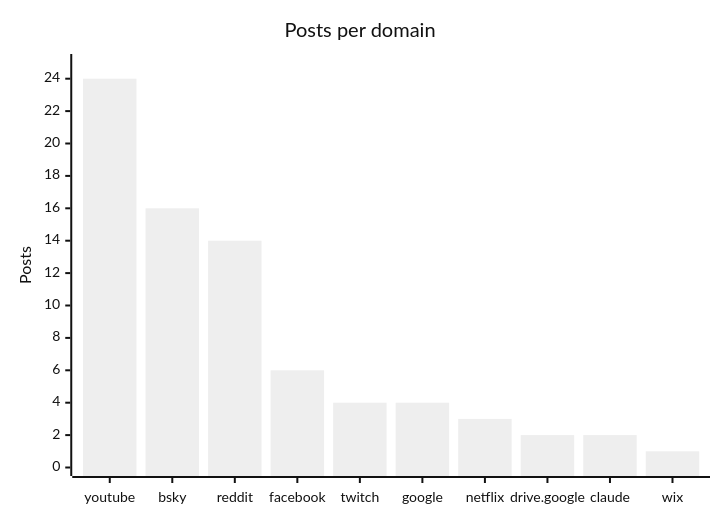
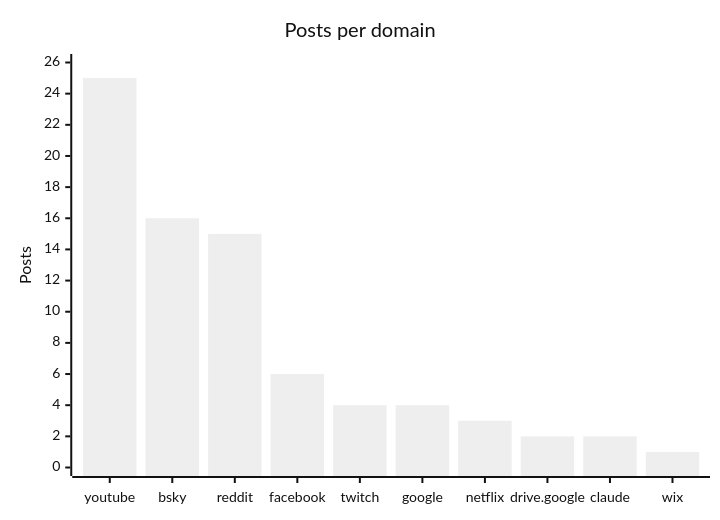
One commit to martinbalfanz/social-scanner-reports changed the fourth of 4 diagrams in README.md. Above: the diagram before and after it, drawn with Mermaid (neutral theme). The commit also changed other lines of this file and 2 other files, not shown here.

````diff
--- a/README.md
+++ b/README.md
@@ -58,7 +58,7 @@
 ```mermaid
 xychart-beta
     title "Posts per domain"
     x-axis ["youtube", "bsky", "reddit", "facebook", "twitch", "google", "netflix", "drive.google", "claude", "wix"]
-    y-axis "Posts" 0 --> 25
-    bar [24, 16, 14, 6, 4, 4, 3, 2, 2, 1]
+    y-axis "Posts" 0 --> 26
+    bar [25, 16, 15, 6, 4, 4, 3, 2, 2, 1]
 ```
````
